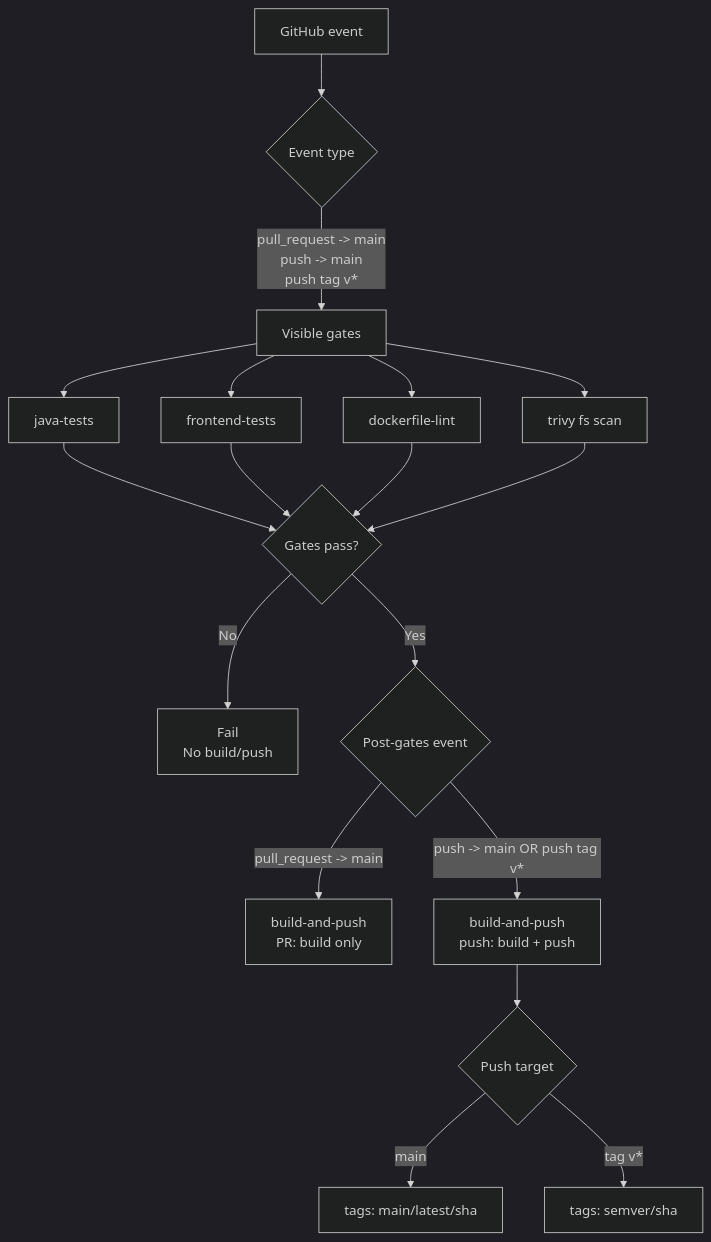
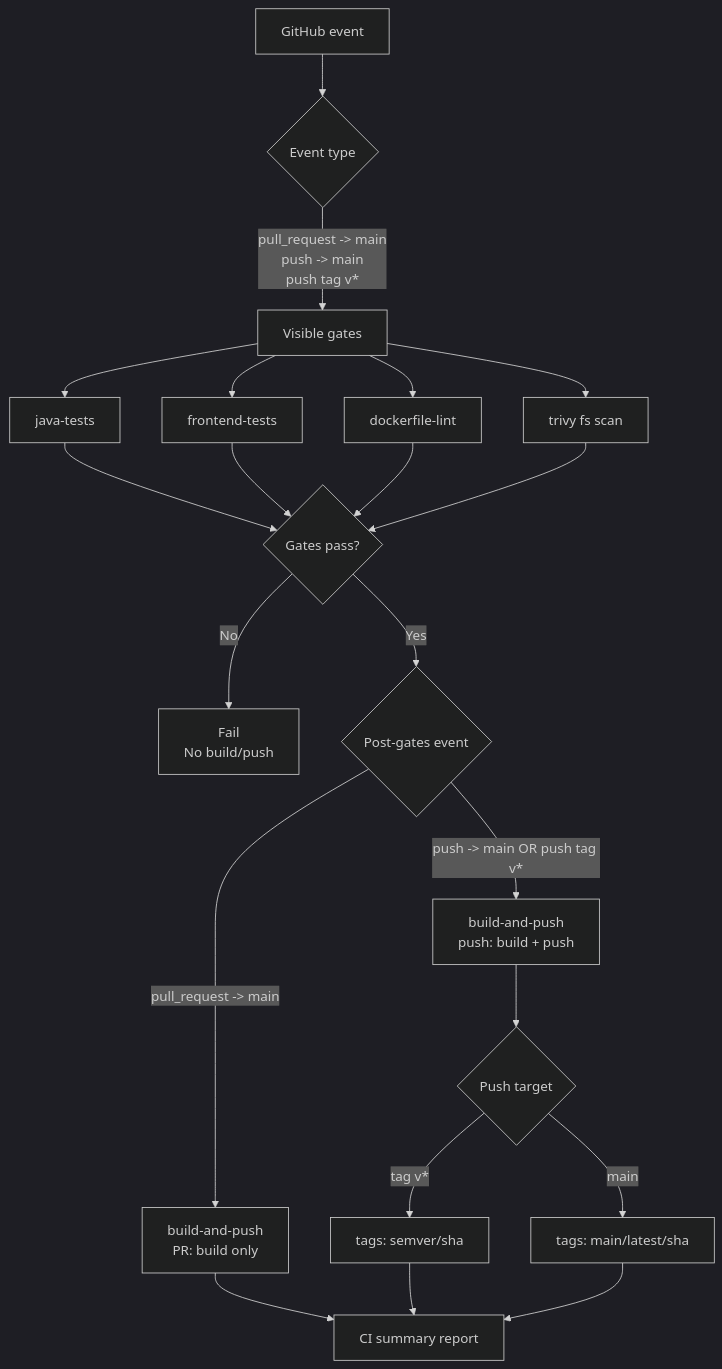
One commit to ClementV78/CloudRadar changed the first of 2 diagrams in docs/runbooks/ci-cd/ci-app.md. Above: the diagram before and after it, drawn with Mermaid (dark theme). The commit also changed other lines of this file and 1 other file, not shown here.

````diff
--- a/docs/runbooks/ci-cd/ci-app.md
+++ b/docs/runbooks/ci-cd/ci-app.md
@@ -7,24 +7,28 @@
 ```mermaid
 flowchart TD
   T["GitHub event"] --> E{"Event type"}
 
   E -->|"pull_request -> main<br/>push -> main<br/>push tag v*"| G["Visible gates"]
 
   G --> J1["java-tests"]
   G --> J2["frontend-tests"]
   G --> J3["dockerfile-lint"]
   G --> J4["trivy fs scan"]
 
   J1 --> F{"Gates pass?"}
   J2 --> F
   J3 --> F
   J4 --> F
 
   F -->|"No"| X["Fail<br/>No build/push"]
   F -->|"Yes"| B{"Post-gates event"}
   B -->|"pull_request -> main"| B1["build-and-push<br/>PR: build only"]
   B -->|"push -> main OR push tag v*"| B2["build-and-push<br/>push: build + push"]
   B2 --> TAG{"Push target"}
   TAG -->|"main"| TMAIN["tags: main/latest/sha"]
   TAG -->|"tag v*"| TTAG["tags: semver/sha"]
+
+  B1 --> S["CI summary report"]
+  TTAG --> S
+  TMAIN --> S
 ```
````
